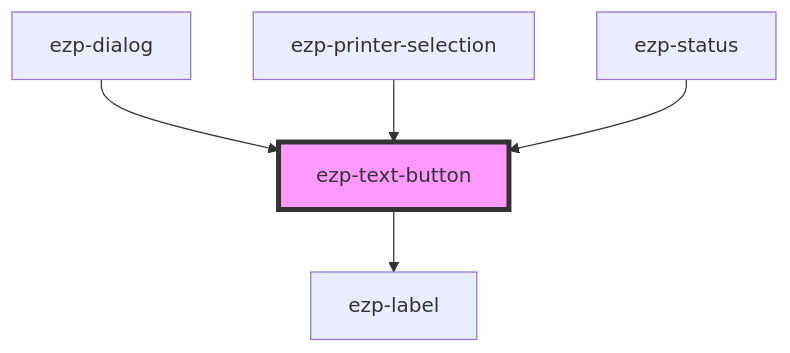
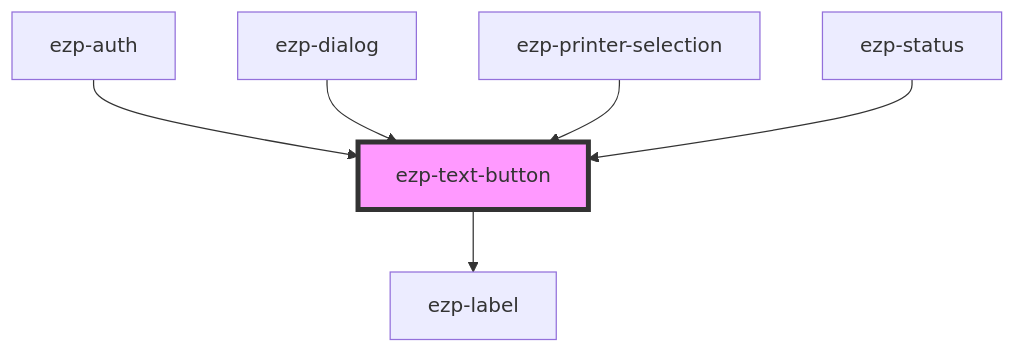
One commit to ezeep/ezeep-js changed the diagram in src/components/ezp-text-button/readme.md. Above: the diagram before and after it, drawn with Mermaid. The commit also changed other lines of this file and 3 other files, not shown here.

````diff
--- a/src/components/ezp-text-button/readme.md
+++ b/src/components/ezp-text-button/readme.md
@@ -32,8 +33,9 @@
 ```mermaid
 graph TD;
   ezp-text-button --> ezp-label
+  ezp-auth --> ezp-text-button
   ezp-dialog --> ezp-text-button
   ezp-printer-selection --> ezp-text-button
   ezp-status --> ezp-text-button
   style ezp-text-button fill:#f9f,stroke:#333,stroke-width:4px
 ```
````
